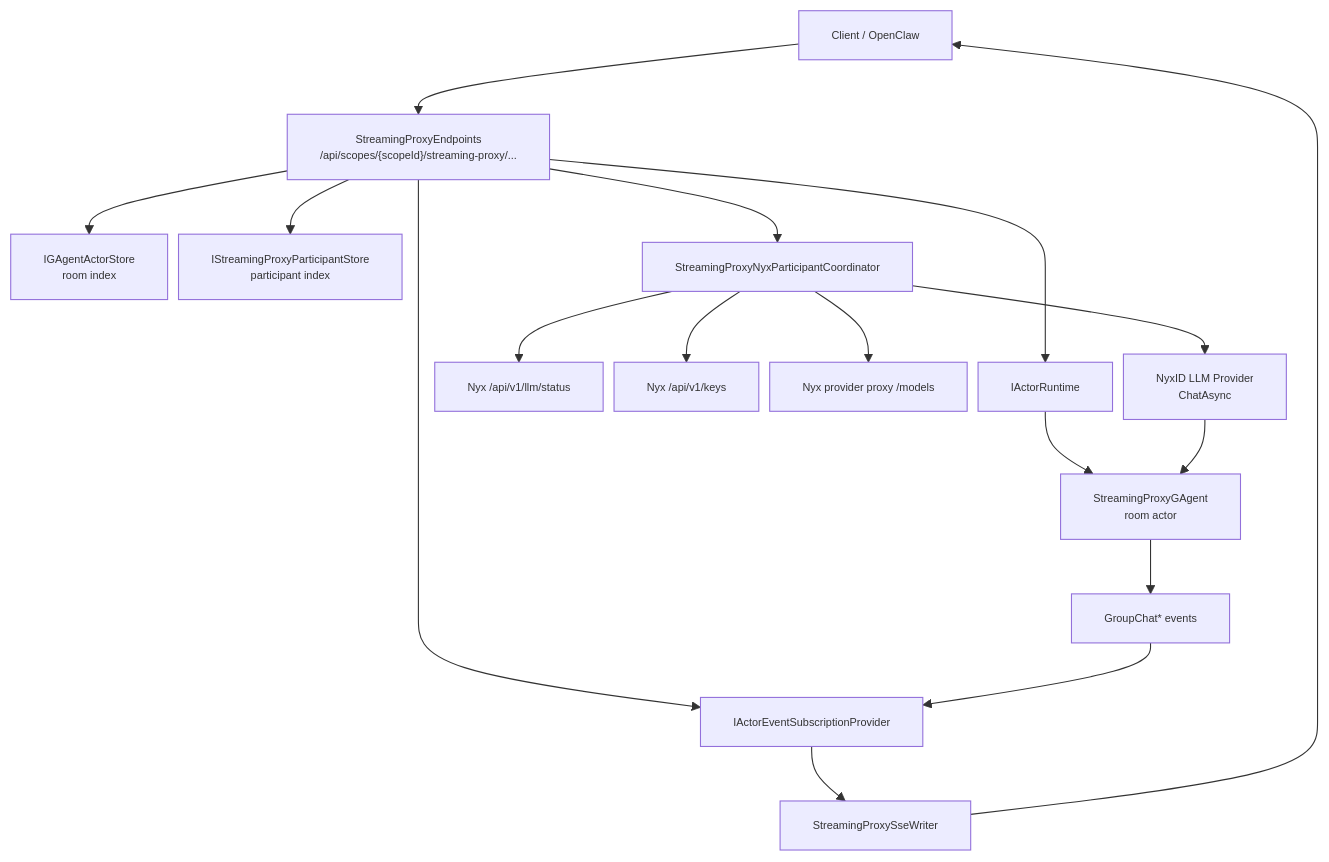
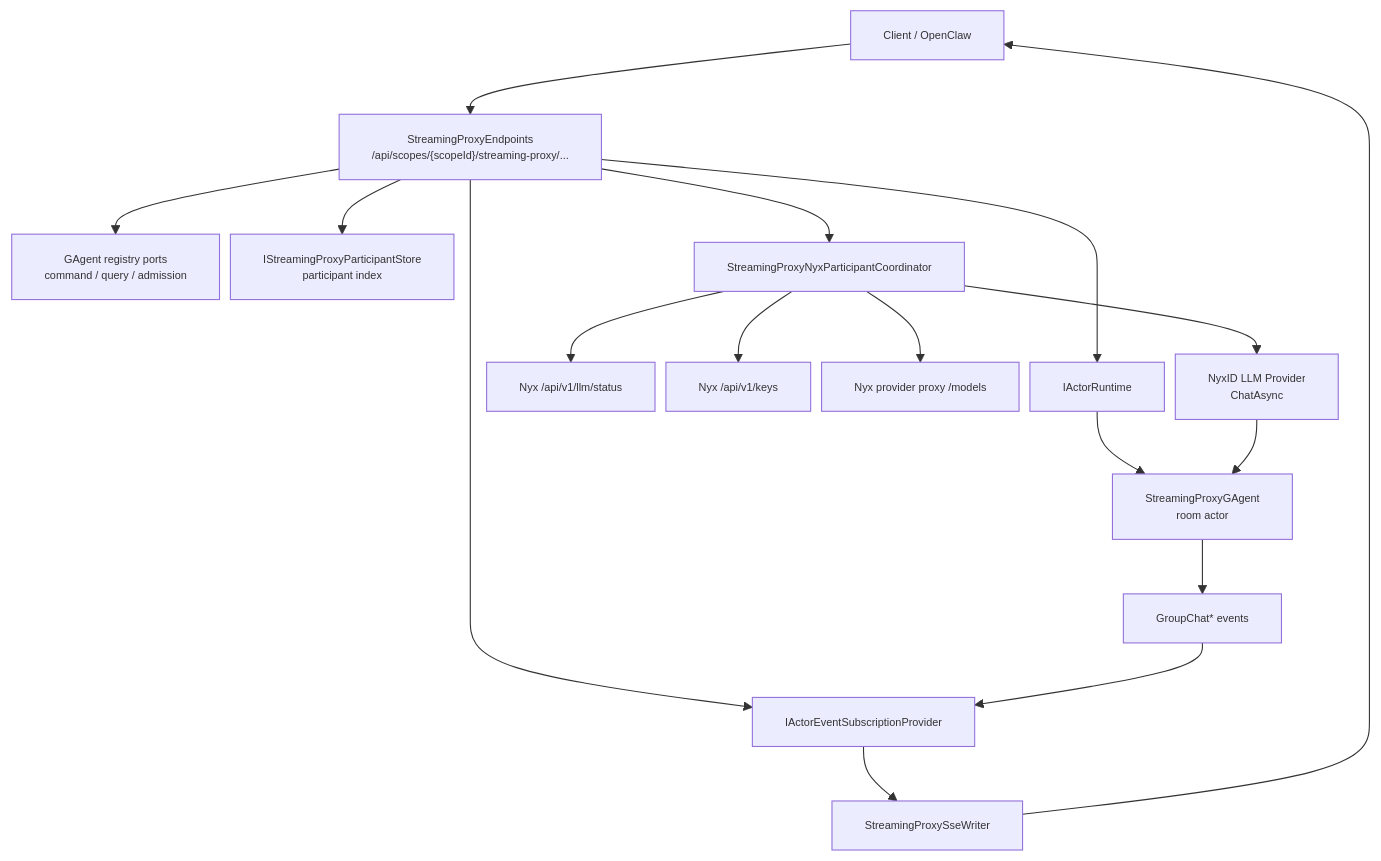
The first of 5 diagrams in docs/2026-04-02-streaming-proxy-flow.md (aevatarAI/aevatar), drawn with Mermaid before and after one commit. The commit also changed other lines of this file and 27 other files, not shown here.

Commit message:
Refactor GAgent registry ownership ports

````diff
--- a/docs/2026-04-02-streaming-proxy-flow.md
+++ b/docs/2026-04-02-streaming-proxy-flow.md
@@ -27,21 +27,21 @@
 ```mermaid
 %%{init: {"maxTextSize": 100000, "flowchart": {"useMaxWidth": false, "nodeSpacing": 10, "rankSpacing": 50}, "themeVariables": {"fontSize": "10px"}}}%%
 flowchart TB
     CL["Client / OpenClaw"] --> API["StreamingProxyEndpoints\n/api/scopes/{scopeId}/streaming-proxy/..."]
-    API --> ROOMS["IGAgentActorStore\nroom index"]
+    API --> REG["GAgent registry ports\ncommand / query / admission"]
     API --> PSTORE["IStreamingProxyParticipantStore\nparticipant index"]
     API --> RT["IActorRuntime"]
     RT --> ACT["StreamingProxyGAgent\nroom actor"]
     API --> SUB["IActorEventSubscriptionProvider"]
     ACT --> EVT["GroupChat* events"]
     EVT --> SUB
     SUB --> SSE["StreamingProxySseWriter"]
     SSE --> CL
 
     API --> NYX["StreamingProxyNyxParticipantCoordinator"]
     NYX --> STATUS["Nyx /api/v1/llm/status"]
     NYX --> KEYS["Nyx /api/v1/keys"]
     NYX --> MODELS["Nyx provider proxy /models"]
     NYX --> LLM["NyxID LLM Provider\nChatAsync"]
     LLM --> ACT
 ```
````
